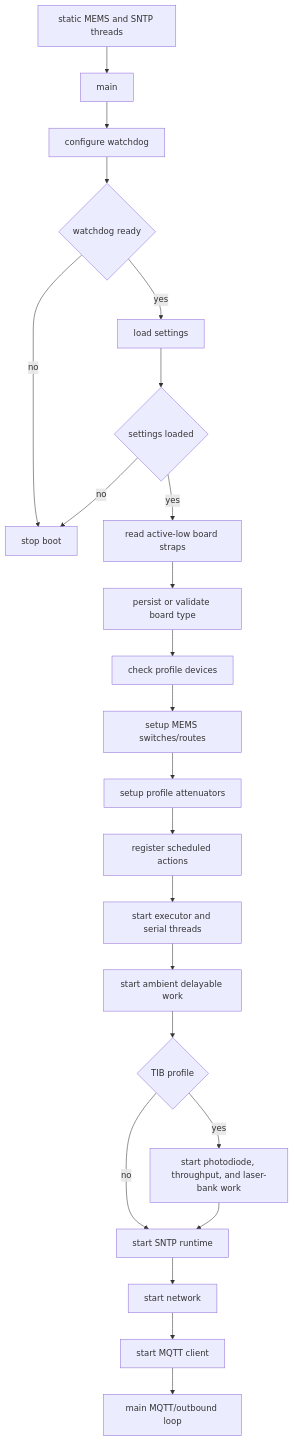
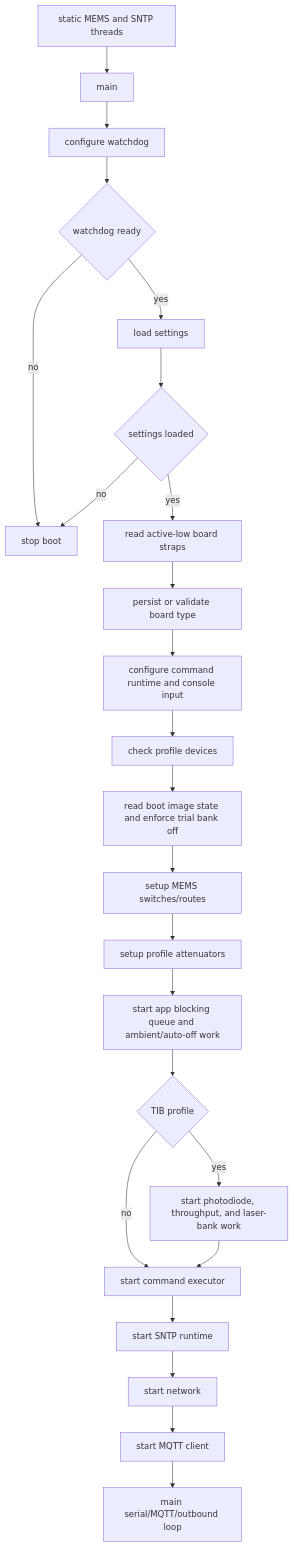
The second of 25 diagrams in doc/diagrams.md (COO-Utilities/hispec-tib), drawn with Mermaid before and after one commit. The commit also changed other lines of this file and 39 other files, not shown here.

Commit message:
Simplify command ownership and remove unused runtime hooks

````diff
--- a/doc/diagrams.md
+++ b/doc/diagrams.md
@@ -39,25 +40,26 @@
 ```mermaid
 flowchart TD
   Static[static MEMS and SNTP threads] --> Start[main]
   Start --> Watchdog[configure watchdog]
   Watchdog --> WdogOK{watchdog ready}
   WdogOK -- no --> Stop[stop boot]
   WdogOK -- yes --> Load[load settings]
   Load --> SettingsOK{settings loaded}
   SettingsOK -- no --> Stop
   SettingsOK -- yes --> Straps[read active-low board straps]
   Straps --> PersistBoard[persist or validate board type]
-  PersistBoard --> DevicesReady[check profile devices]
-  DevicesReady --> Router[setup MEMS switches/routes]
+  PersistBoard --> Runtime[configure command runtime and console input]
+  Runtime --> DevicesReady[check profile devices]
+  DevicesReady --> OTA[read boot image state and enforce trial bank off]
+  OTA --> Router[setup MEMS switches/routes]
   Router --> Attens[setup profile attenuators]
-  Attens --> Runtime[register scheduled actions]
-  Runtime --> Threads[start executor and serial threads]
-  Threads --> Work[start ambient delayable work]
+  Attens --> Work[start app blocking queue and ambient/auto-off work]
   Work --> TibActors{TIB profile}
   TibActors -- yes --> TibStart[start photodiode, throughput, and laser-bank work]
-  TibActors -- no --> SNTP[start SNTP runtime]
-  TibStart --> SNTP
+  TibActors -- no --> Executor[start command executor]
+  TibStart --> Executor
+  Executor --> SNTP[start SNTP runtime]
   SNTP --> Network[start network]
   Network --> MQTTInit[start MQTT client]
-  MQTTInit --> Loop[main MQTT/outbound loop]
+  MQTTInit --> Loop[main serial/MQTT/outbound loop]
 ```
````
